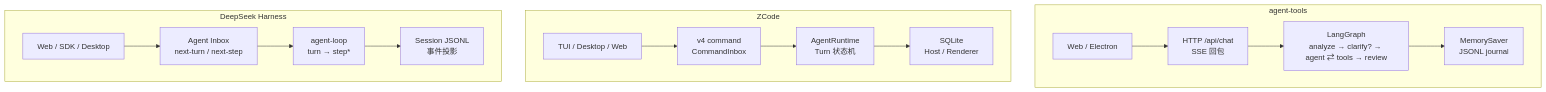
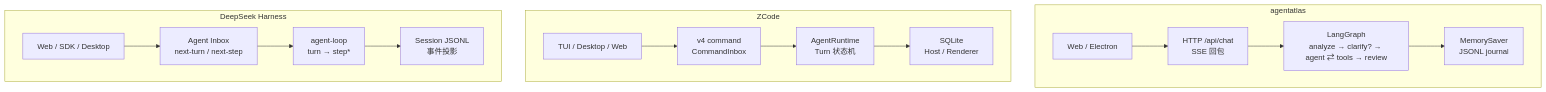
One commit to AIR-DUSTER1/agent-atlas changed the first of 3 diagrams in docs/agent-orchestration-vs-zcode.md. Above: the diagram before and after it, drawn with Mermaid. The commit also changed other lines of this file and 33 other files, not shown here.

````diff
--- a/docs/agent-orchestration-vs-zcode.md
+++ b/docs/agent-orchestration-vs-zcode.md
@@ -30,23 +30,23 @@
 ```mermaid
 flowchart TB
-  subgraph CUR["agent-tools"]
+  subgraph CUR["agentatlas"]
     direction LR
     C1["Web / Electron"] --> C2["HTTP /api/chat<br/>SSE 回包"]
     C2 --> C3["LangGraph<br/>analyze → clarify? → agent ⇄ tools → review"]
     C3 --> C4["MemorySaver<br/>JSONL journal"]
   end
 
   subgraph ZC["ZCode"]
     direction LR
     Z1["TUI / Desktop / Web"] --> Z2["v4 command<br/>CommandInbox"]
     Z2 --> Z3["AgentRuntime<br/>Turn 状态机"]
     Z3 --> Z4["SQLite<br/>Host / Renderer"]
   end
 
   subgraph DSH["DeepSeek Harness"]
     direction LR
     D1["Web / SDK / Desktop"] --> D2["Agent Inbox<br/>next-turn / next-step"]
     D2 --> D3["agent-loop<br/>turn → step*"]
     D3 --> D4["Session JSONL<br/>事件投影"]
   end
 ```
````
